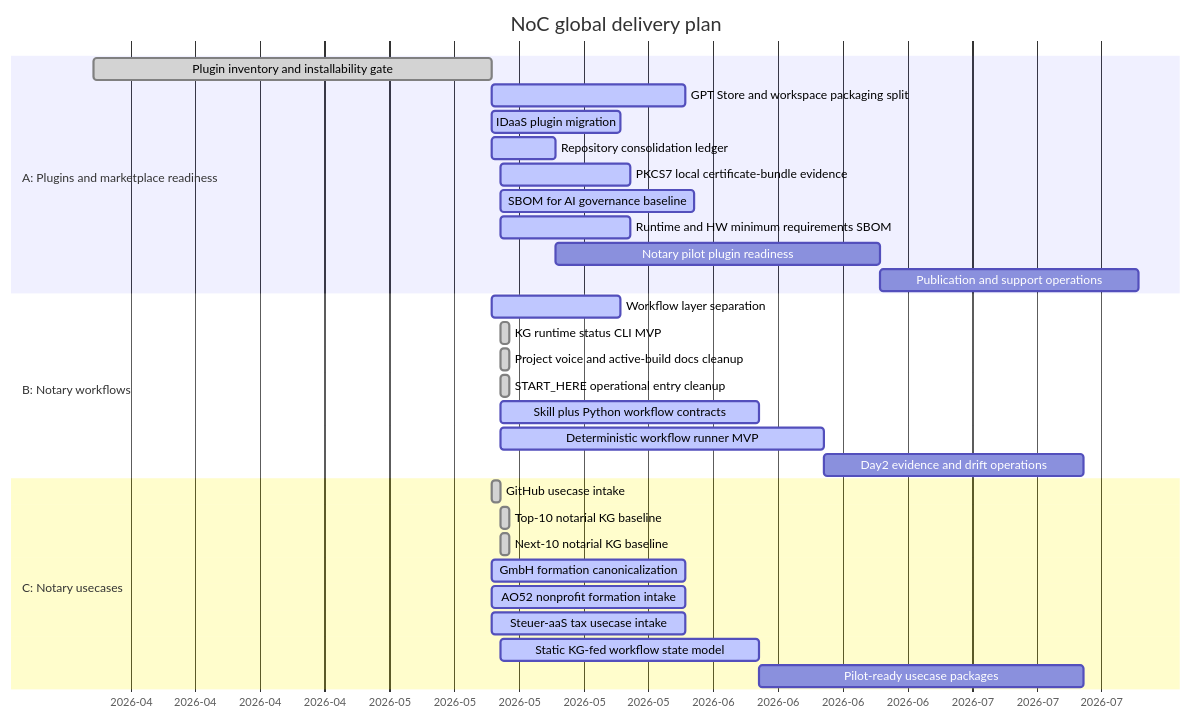
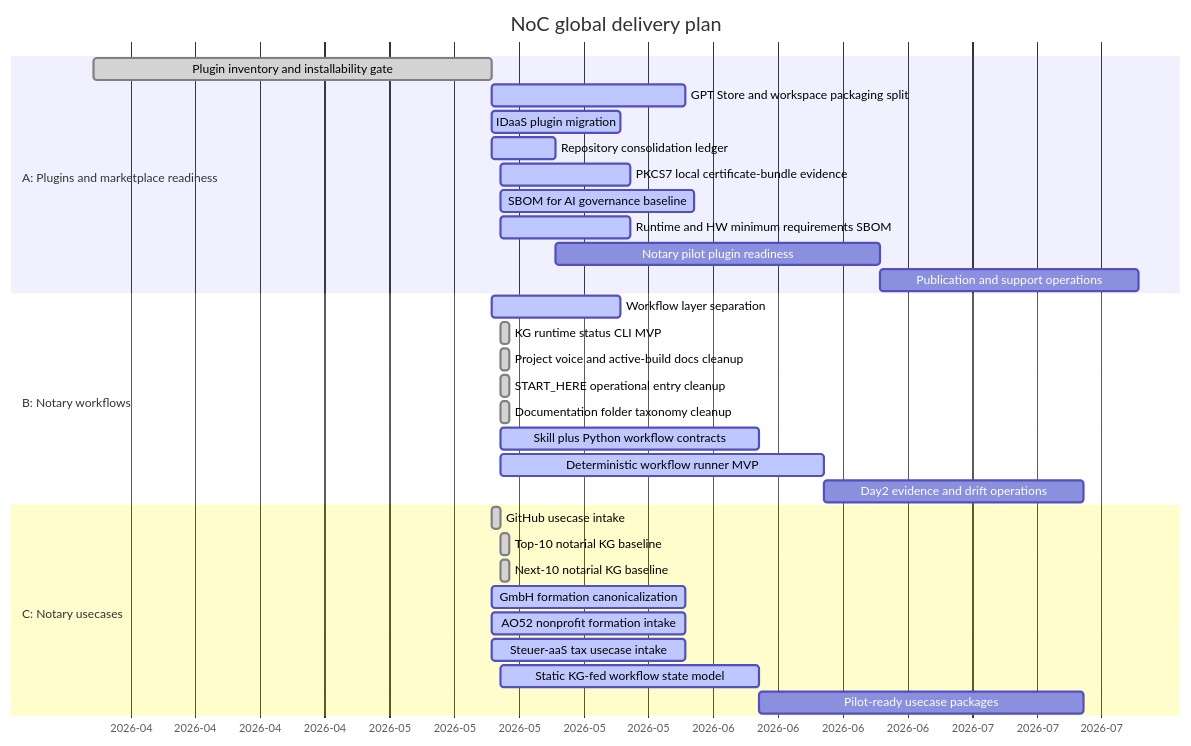
Before and after one commit to notariat8/NaC: the diagram in roadmap/GANTT.md, drawn with Mermaid. The commit also changed other lines of this file and 78 other files, not shown here.

````diff
--- a/roadmap/GANTT.md
+++ b/roadmap/GANTT.md
@@ -12,36 +12,37 @@
 ```mermaid
 gantt
     title NoC global delivery plan
     dateFormat  YYYY-MM-DD
     axisFormat  %Y-%m
 
     section A: Plugins and marketplace readiness
     Plugin inventory and installability gate     :done,    a1, 2026-04-01, 2026-05-14
     GPT Store and workspace packaging split      :active,  a2, 2026-05-14, 21d
     IDaaS plugin migration                       :active,  a3, 2026-05-14, 14d
     Repository consolidation ledger              :active,  a4, 2026-05-14, 7d
     PKCS7 local certificate-bundle evidence      :active,  a4a, 2026-05-15, 14d
     SBOM for AI governance baseline              :active,  a4b, 2026-05-15, 21d
     Runtime and HW minimum requirements SBOM     :active,  a4c, 2026-05-15, 14d
     Notary pilot plugin readiness                :         a5, after a4, 35d
     Publication and support operations           :         a6, after a5, 28d
 
     section B: Notary workflows
     Workflow layer separation                    :active,  b1, 2026-05-14, 14d
     KG runtime status CLI MVP                    :done,    b1a, 2026-05-15, 1d
     Project voice and active-build docs cleanup  :done,    b1b, 2026-05-15, 1d
     START_HERE operational entry cleanup         :done,    b1c, 2026-05-15, 1d
+    Documentation folder taxonomy cleanup        :done,    b1d, 2026-05-15, 1d
     Skill plus Python workflow contracts         :active,  b2, 2026-05-15, 28d
     Deterministic workflow runner MVP            :active,  b3, 2026-05-15, 35d
     Day2 evidence and drift operations           :         b4, after b3, 28d
 
     section C: Notary usecases
     GitHub usecase intake                        :done,    c1, 2026-05-14, 1d
     Top-10 notarial KG baseline                  :done,    c2, 2026-05-15, 1d
     Next-10 notarial KG baseline                 :done,    c3, 2026-05-15, 1d
     GmbH formation canonicalization              :active,  c4, 2026-05-14, 21d
     AO52 nonprofit formation intake              :active,  c5, 2026-05-14, 21d
     Steuer-aaS tax usecase intake                :active,  c6, 2026-05-14, 21d
     Static KG-fed workflow state model           :active,  c7, 2026-05-15, 28d
     Pilot-ready usecase packages                 :         c8, after c7, 35d
 ```
````
